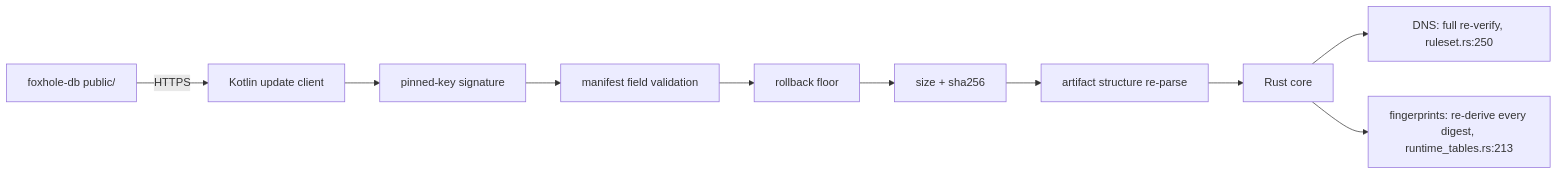
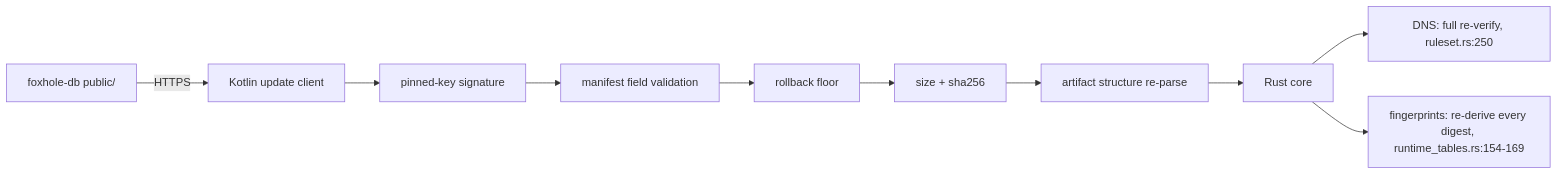
One commit to foxhole-team/foxhole-core changed the sixth of 6 diagrams in docs/architecture/05-data-repository.md. Above: the diagram before and after it, drawn with Mermaid. The commit also changed 244 other files, not shown here.

````diff
--- a/docs/architecture/05-data-repository.md
+++ b/docs/architecture/05-data-repository.md
@@ -158,12 +158,12 @@
 ```mermaid
 flowchart LR
     R["foxhole-db public/"] -->|HTTPS| K["Kotlin update client"]
     K --> K1["pinned-key signature"]
     K1 --> K2["manifest field validation"]
     K2 --> K3["rollback floor"]
     K3 --> K4["size + sha256"]
     K4 --> K5["artifact structure re-parse"]
     K5 --> N["Rust core"]
     N --> N1["DNS: full re-verify, ruleset.rs:250"]
-    N --> N2["fingerprints: re-derive every digest, runtime_tables.rs:213"]
+    N --> N2["fingerprints: re-derive every digest, runtime_tables.rs:154-169"]
 ```
````
